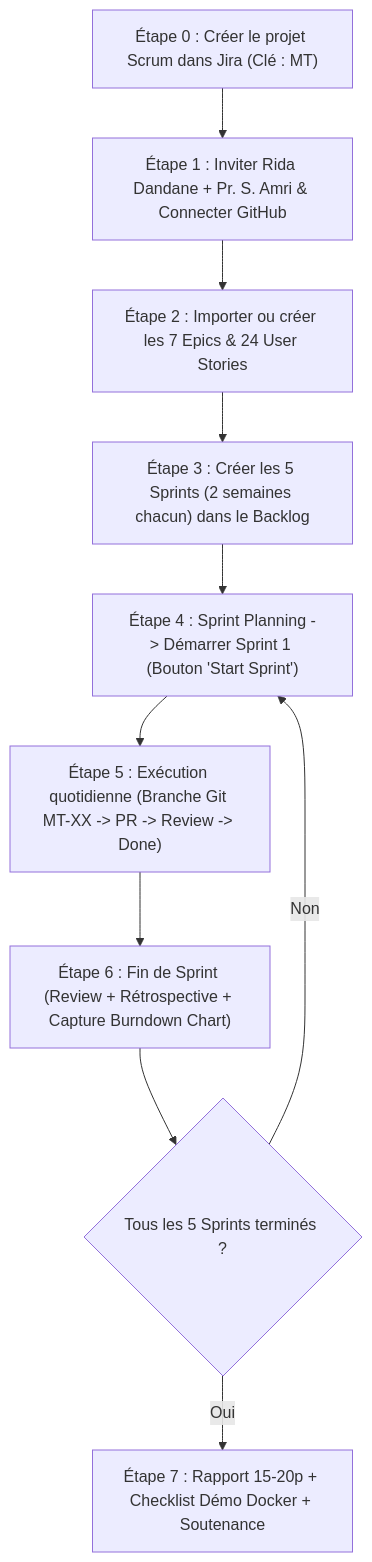
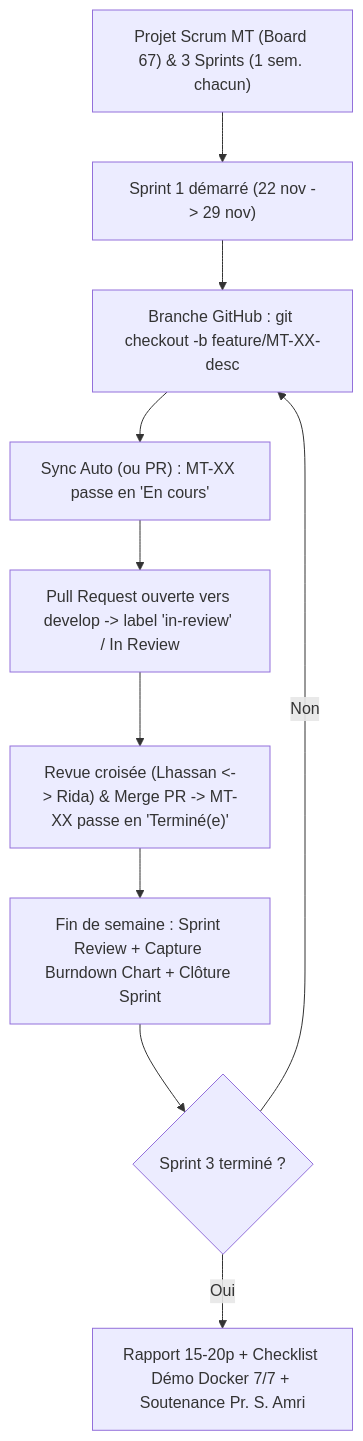
One commit to lhassanoubihi/meditrack changed the diagram in docs/jira/GUIDE_SCRUM_JIRA.md. Above: the diagram before and after it, drawn with Mermaid. The commit also changed other lines of this file and 3 other files, not shown here.

Commit message:
MT-8 chore: 3-week full-stack sprint plan and automated GitHub-Jira sync

````diff
--- a/docs/jira/GUIDE_SCRUM_JIRA.md
+++ b/docs/jira/GUIDE_SCRUM_JIRA.md
@@ -29,12 +28,12 @@
 ```mermaid
 flowchart TD
-    E0["Étape 0 : Créer le projet Scrum dans Jira (Clé : MT)"] --> E1["Étape 1 : Inviter Rida Dandane + Pr. S. Amri & Connecter GitHub"]
-    E1 --> E2["Étape 2 : Importer ou créer les 7 Epics & 24 User Stories"]
-    E2 --> E3["Étape 3 : Créer les 5 Sprints (2 semaines chacun) dans le Backlog"]
-    E3 --> E4["Étape 4 : Sprint Planning -> Démarrer Sprint 1 (Bouton 'Start Sprint')"]
-    E4 --> E5["Étape 5 : Exécution quotidienne (Branche Git MT-XX -> PR -> Review -> Done)"]
-    E5 --> E6["Étape 6 : Fin de Sprint (Review + Rétrospective + Capture Burndown Chart)"]
-    E6 --> E7{"Tous les 5 Sprints terminés ?"}
-    E7 -- "Non" --> E4
-    E7 -- "Oui" --> E8["Étape 7 : Rapport 15-20p + Checklist Démo Docker + Soutenance"]
+    E0["Projet Scrum MT (Board 67) & 3 Sprints (1 sem. chacun)"] --> E1["Sprint 1 démarré (22 nov -> 29 nov)"]
+    E1 --> E2["Branche GitHub : git checkout -b feature/MT-XX-desc"]
+    E2 --> E3["Sync Auto (ou PR) : MT-XX passe en 'En cours'"]
+    E3 --> E4["Pull Request ouverte vers develop -> label 'in-review' / In Review"]
+    E4 --> E5["Revue croisée (Lhassan <-> Rida) & Merge PR -> MT-XX passe en 'Terminé(e)'"]
+    E5 --> E6["Fin de semaine : Sprint Review + Capture Burndown Chart + Clôture Sprint"]
+    E6 --> E7{"Sprint 3 terminé ?"}
+    E7 -- "Non" --> E2
+    E7 -- "Oui" --> E8["Rapport 15-20p + Checklist Démo Docker 7/7 + Soutenance Pr. S. Amri"]
 ```
````
